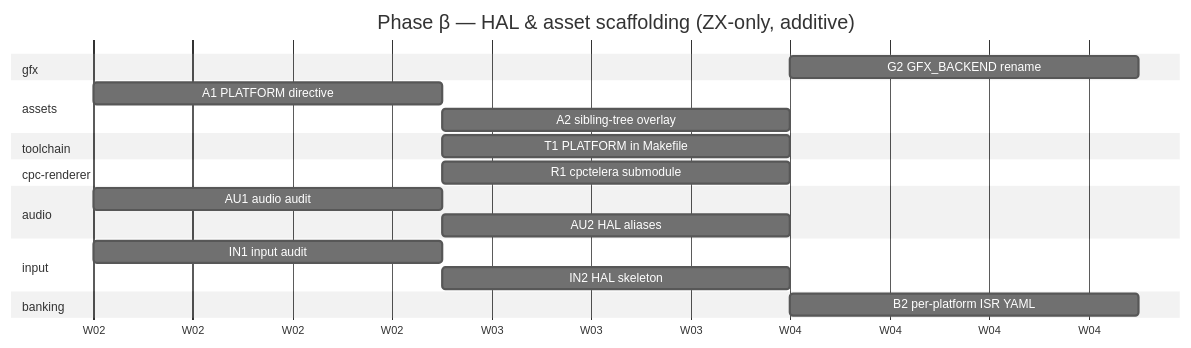
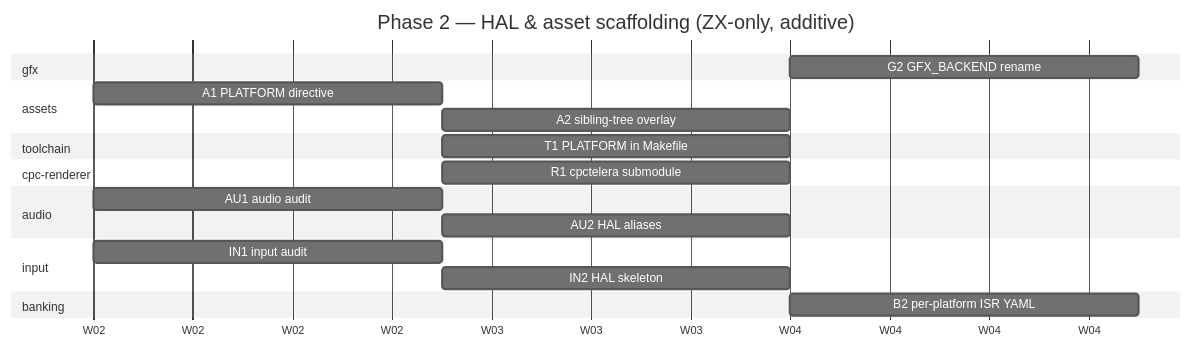
One commit to jorgegv/rage1 changed the fourth of 9 diagrams in doc/multiplatform-plan/gantt.md. Above: the diagram before and after it, drawn with Mermaid (neutral theme). The commit also changed other lines of this file and 1 other file, not shown here.

First line of the commit message:
doc: rename Greek-letter phases (alpha..zeta) to Phase 1..6

````diff
--- a/doc/multiplatform-plan/gantt.md
+++ b/doc/multiplatform-plan/gantt.md
@@ -250,30 +251,30 @@
 ```mermaid
 gantt
-  title Phase β — HAL & asset scaffolding (ZX-only, additive)
+  title Phase 2 — HAL & asset scaffolding (ZX-only, additive)
   dateFormat YYYY-MM-DD
   axisFormat W%V
 
   section gfx
   G2 GFX_BACKEND rename       :g2, after g1, 7d
 
   section assets
   A1 PLATFORM directive       :a1, 2026-01-05, 7d
   A2 sibling-tree overlay     :a2, after a1, 7d
 
   section toolchain
   T1 PLATFORM in Makefile     :t1, after t0 a1, 7d
 
   section cpc-renderer
   R1 cpctelera submodule      :r1, after t0, 7d
 
   section audio
   AU1 audio audit             :au1, 2026-01-05, 7d
   AU2 HAL aliases             :au2, after au1, 7d
 
   section input
   IN1 input audit             :in1, 2026-01-05, 7d
   IN2 HAL skeleton            :in2, after in1, 7d
 
   section banking
   B2 per-platform ISR YAML    :b2, after b1, 7d
 ```
````
